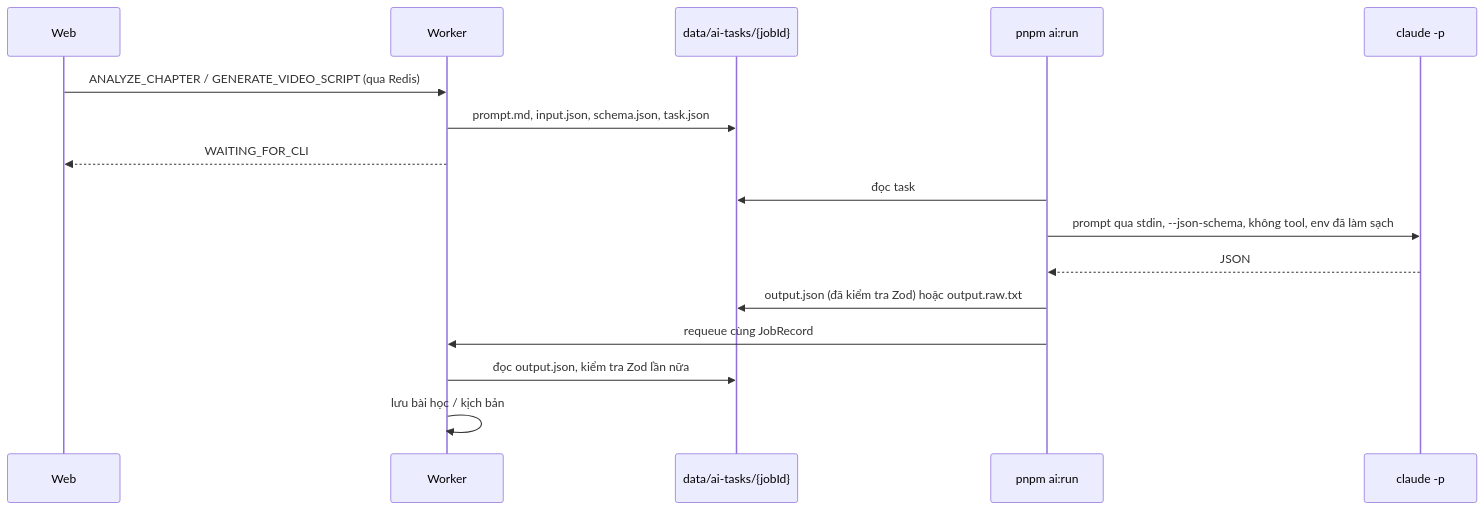
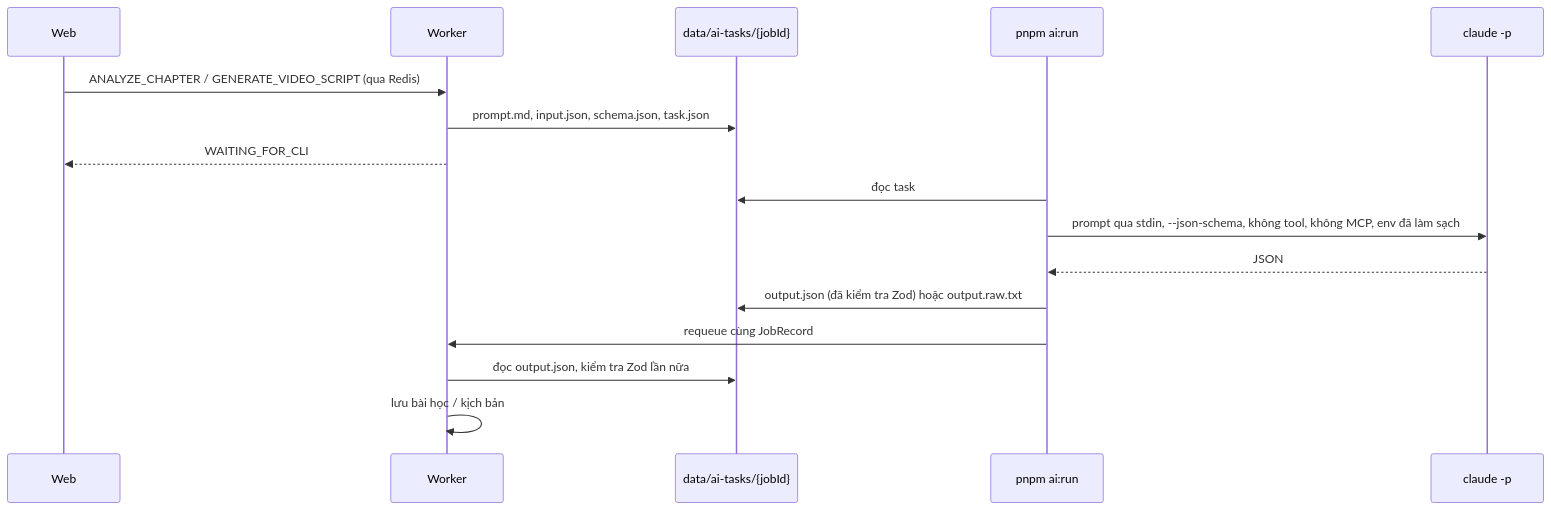
The fourth of 5 diagrams in docs/architecture.md (minhhieple97/short-video-workflow), drawn with Mermaid before and after one commit. The commit also changed other lines of this file and 16 other files, not shown here.

````diff
--- a/docs/architecture.md
+++ b/docs/architecture.md
@@ -84,18 +84,18 @@
 ```mermaid
 sequenceDiagram
   participant Web
   participant Worker
   participant Disk as data/ai-tasks/{jobId}
   participant User as pnpm ai:run
   participant Claude as claude -p
   Web->>Worker: ANALYZE_CHAPTER / GENERATE_VIDEO_SCRIPT (qua Redis)
   Worker->>Disk: prompt.md, input.json, schema.json, task.json
   Worker-->>Web: WAITING_FOR_CLI
   User->>Disk: đọc task
-  User->>Claude: prompt qua stdin, --json-schema, không tool, env đã làm sạch
+  User->>Claude: prompt qua stdin, --json-schema, không tool, không MCP, env đã làm sạch
   Claude-->>User: JSON
   User->>Disk: output.json (đã kiểm tra Zod) hoặc output.raw.txt
   User->>Worker: requeue cùng JobRecord
   Worker->>Disk: đọc output.json, kiểm tra Zod lần nữa
   Worker->>Worker: lưu bài học / kịch bản
 ```
````
